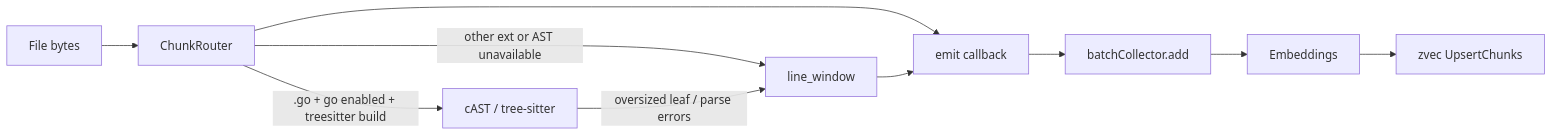
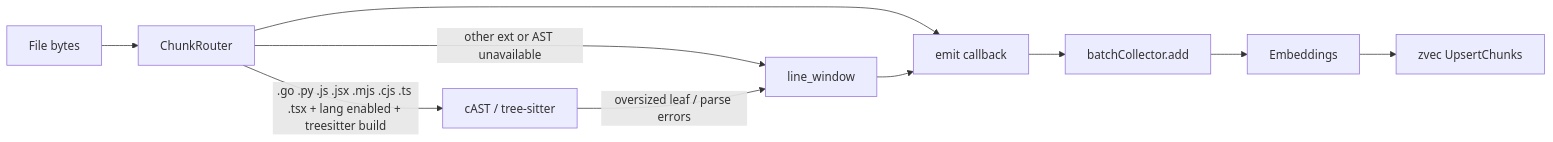
The second of 2 diagrams in docs/ARCHITECTURE.md (1CSerg/mcp-semantic-search-zvec-go), drawn with Mermaid before and after one commit. The commit also changed other lines of this file and 42 other files, not shown here.

First line of the commit message:
Phase 1c: AST-chunking для Python, JavaScript, TypeScript/TSX.

````diff
--- a/docs/ARCHITECTURE.md
+++ b/docs/ARCHITECTURE.md
@@ -138,12 +138,12 @@
 ```mermaid
 flowchart LR
   File[File bytes] --> Router[ChunkRouter]
-  Router -->|".go" + go enabled + treesitter build| AST[cAST / tree-sitter]
+  Router -->|".go .py .js .jsx .mjs .cjs .ts .tsx" + lang enabled + treesitter build| AST[cAST / tree-sitter]
   Router -->|other ext or AST unavailable| LW[line_window]
   AST -->|oversized leaf / parse errors| LW
   Router --> Emit[emit callback]
   LW --> Emit
   Emit --> Batch[batchCollector.add]
   Batch --> Emb[Embeddings]
   Emb --> Zvec[zvec UpsertChunks]
 ```
````
